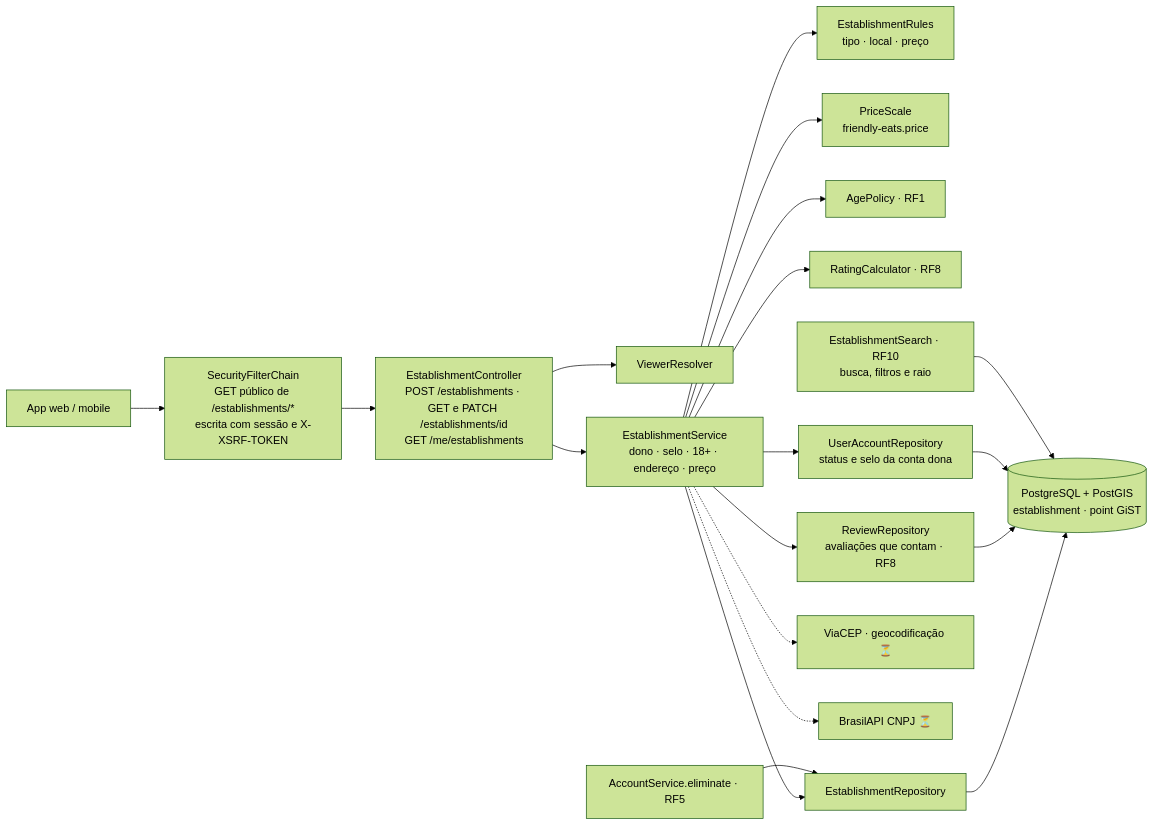
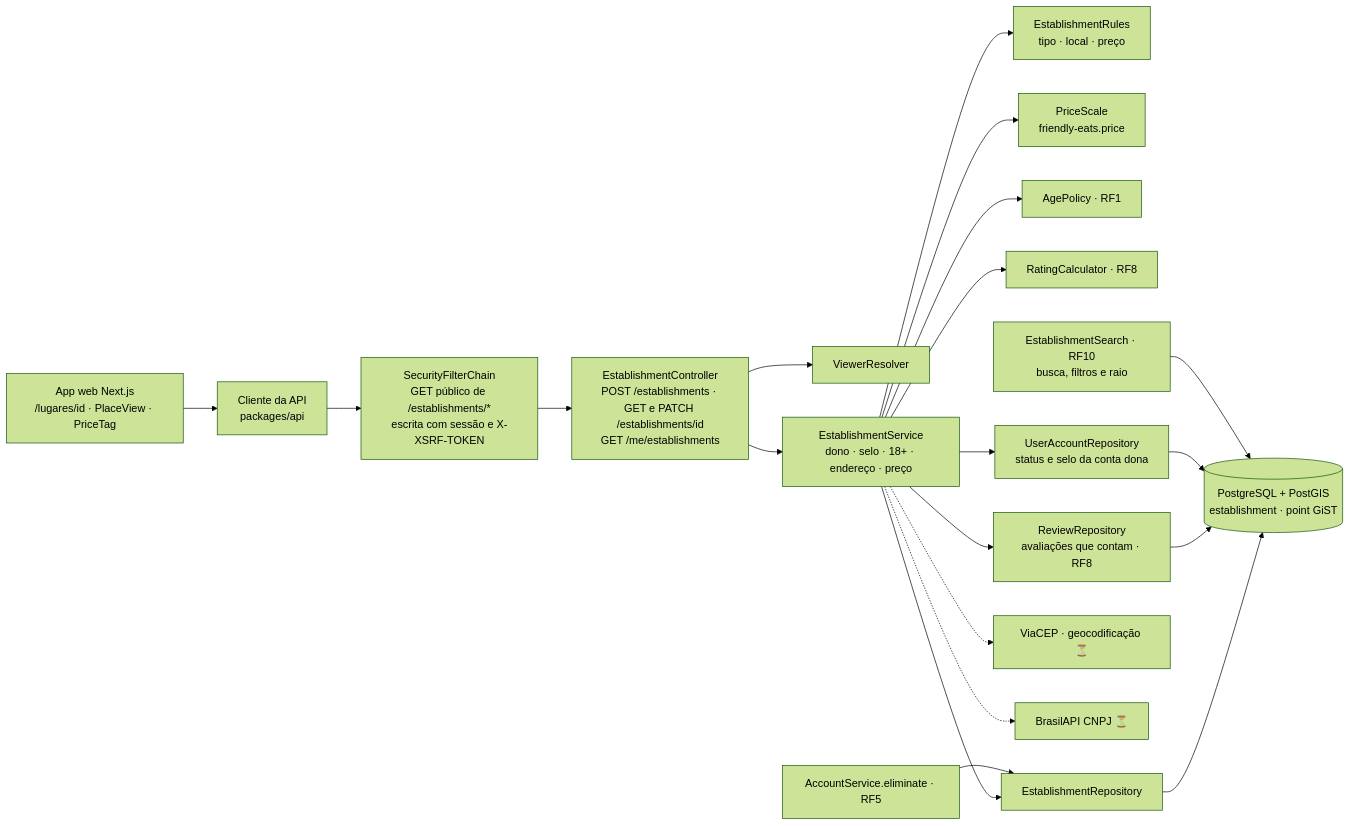
The diagram in docs/RF6/componentes.md (MatheusHaliski/Friendly-Eats), drawn with Mermaid (forest theme) before and after one commit. The commit also changed 127 other files, not shown here.

````diff
--- a/docs/RF6/componentes.md
+++ b/docs/RF6/componentes.md
@@ -3,19 +3,19 @@
 ```mermaid
 flowchart LR
-    APP["App web / mobile"] --> SEC["SecurityFilterChain<br/>GET público de /establishments/*<br/>escrita com sessão e X-XSRF-TOKEN"]
+    WEB["App web Next.js<br/>/lugares/id · PlaceView · PriceTag"] --> APP["Cliente da API<br/>packages/api"] --> SEC["SecurityFilterChain<br/>GET público de /establishments/*<br/>escrita com sessão e X-XSRF-TOKEN"]
     SEC --> EC["EstablishmentController<br/>POST /establishments · GET e PATCH /establishments/id<br/>GET /me/establishments"]
     EC --> VR["ViewerResolver"]
     EC --> ES["EstablishmentService<br/>dono · selo · 18+ · endereço · preço"]
     ES --> RU["EstablishmentRules<br/>tipo · local · preço"]
     ES --> PS["PriceScale<br/>friendly-eats.price"]
     ES --> AP["AgePolicy · RF1"]
     ES --> RC["RatingCalculator · RF8"]
     ES --> ER["EstablishmentRepository"]
     ES --> RR["ReviewRepository<br/>avaliações que contam · RF8"]
     ES --> UR["UserAccountRepository<br/>status e selo da conta dona"]
     ER & RR & UR --> PG[("PostgreSQL + PostGIS<br/>establishment · point GiST")]
     AS["AccountService.eliminate · RF5"] --> ER
     ES -.-> GEO["ViaCEP · geocodificação ⏳"]
     ES -.-> BR["BrasilAPI CNPJ ⏳"]
     SR["EstablishmentSearch · RF10<br/>busca, filtros e raio"] --> PG
 ```
````
